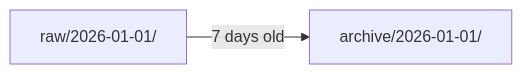
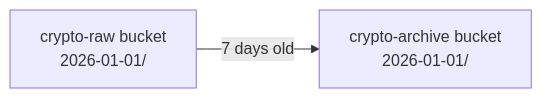
Before and after one commit to pathust/CryptoSimpleDataPipeline: the third of 9 diagrams in docs/DATA_PIPELINE.md, drawn with Mermaid. The commit also changed other lines of this file and 3 other files, not shown here.

````diff
--- a/docs/DATA_PIPELINE.md
+++ b/docs/DATA_PIPELINE.md
@@ -307,4 +411,4 @@
 ```mermaid
 flowchart LR
-    Raw["raw/2026-01-01/"] -->|"7 days old"| Archive["archive/2026-01-01/"]
+    Raw["crypto-raw bucket<br/>2026-01-01/"] -->|"7 days old"| Archive["crypto-archive bucket<br/>2026-01-01/"]
 ```
````
